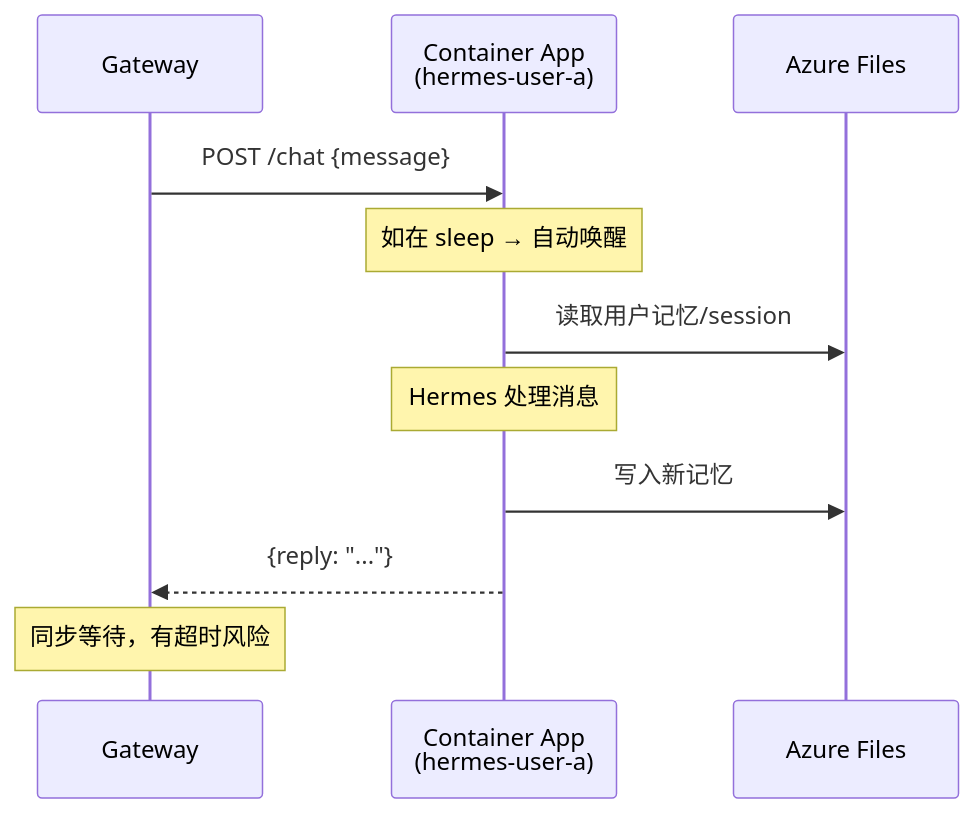
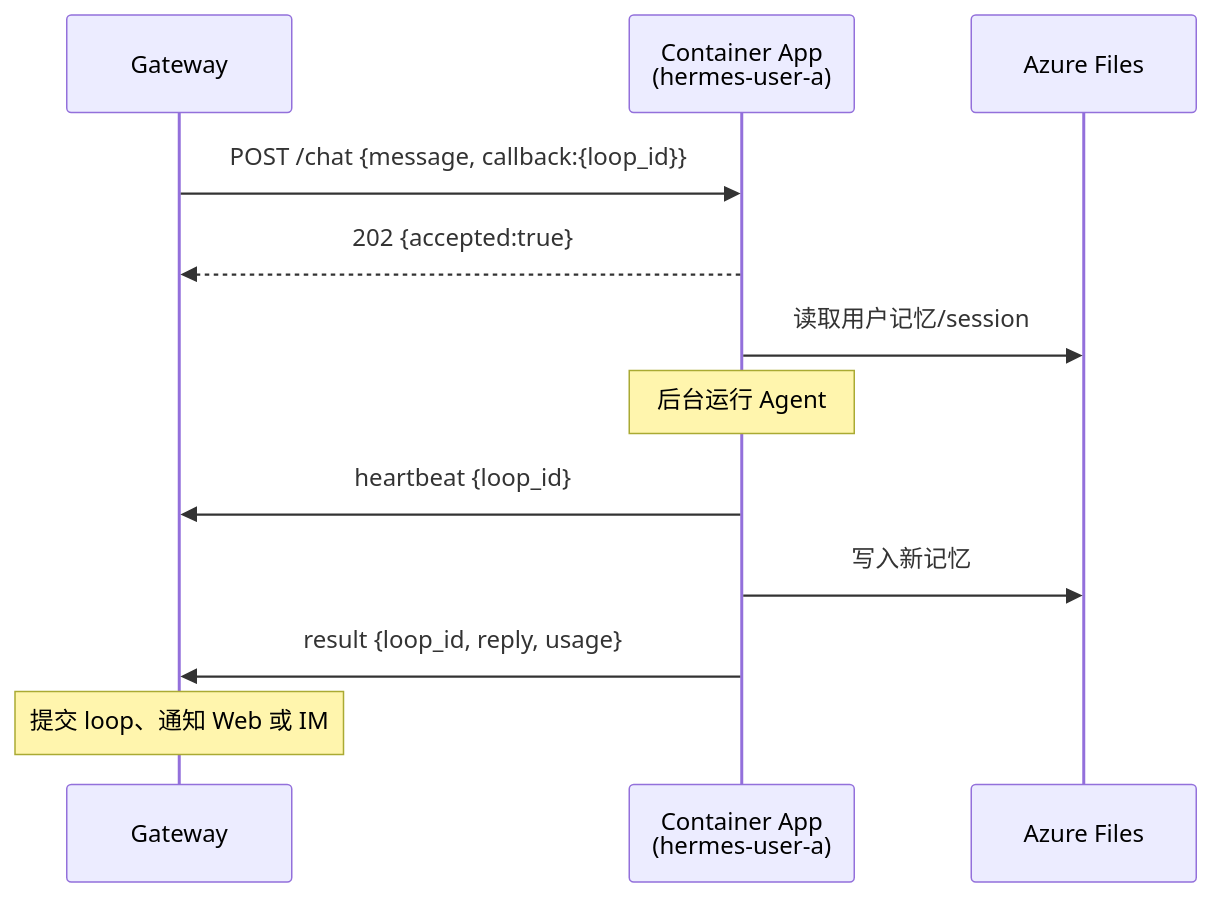
Before and after one commit to jiayiyan-AI/laifu: the seventh of 14 diagrams in docs/architecture.md, drawn with Mermaid. The commit also changed other lines of this file and 147 other files, not shown here.

````diff
--- a/docs/architecture.md
+++ b/docs/architecture.md
@@ -344,14 +336,15 @@
 ```mermaid
 sequenceDiagram
     participant GW as Gateway
     participant CA as Container App<br/>(hermes-user-a)
     participant AF as Azure Files
 
-    GW->>CA: POST /chat {message}
-    Note over CA: 如在 sleep → 自动唤醒
+    GW->>CA: POST /chat {message, callback:{loop_id}}
+    CA-->>GW: 202 {accepted:true}
     CA->>AF: 读取用户记忆/session
-    Note over CA: Hermes 处理消息
+    Note over CA: 后台运行 Agent
+    CA->>GW: heartbeat {loop_id}
     CA->>AF: 写入新记忆
-    CA-->>GW: {reply: "..."}
-    Note over GW: 同步等待，有超时风险
+    CA->>GW: result {loop_id, reply, usage}
+    Note over GW: 提交 loop、通知 Web 或 IM
 ```
````
